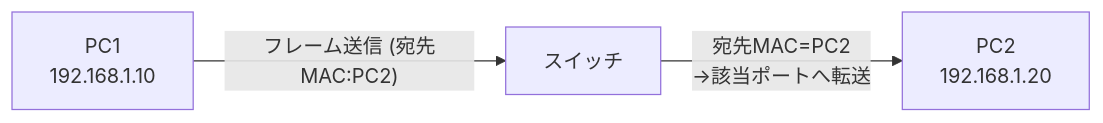
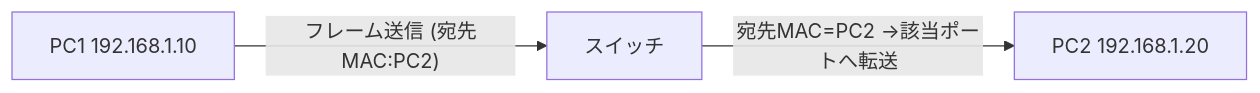
One commit to uecken/docs changed the fifth of 15 diagrams in 新人エンジニアが学ぶ無線とIPネットワーク/readme.md. Above: the diagram before and after it, drawn with Mermaid. The commit also changed other lines of this file and 1 other file, not shown here.

Commit message:
fixed mermaid

````diff
--- a/新人エンジニアが学ぶ無線とIPネットワーク/readme.md
+++ b/新人エンジニアが学ぶ無線とIPネットワーク/readme.md
@@ -82,5 +68,5 @@
 ```mermaid
 flowchart LR
-    PC1[PC1\n192.168.1.10] -- "フレーム送信 (宛先MAC:PC2)" --> SwitchA[スイッチ]
-    SwitchA -- "宛先MAC=PC2\n→該当ポートへ転送" --> PC2[PC2\n192.168.1.20]
+    PC1[PC1 192.168.1.10] -- "フレーム送信 (宛先MAC:PC2)" --> SwitchA[スイッチ]
+    SwitchA -- "宛先MAC=PC2 →該当ポートへ転送" --> PC2[PC2 192.168.1.20]
 ```
````
